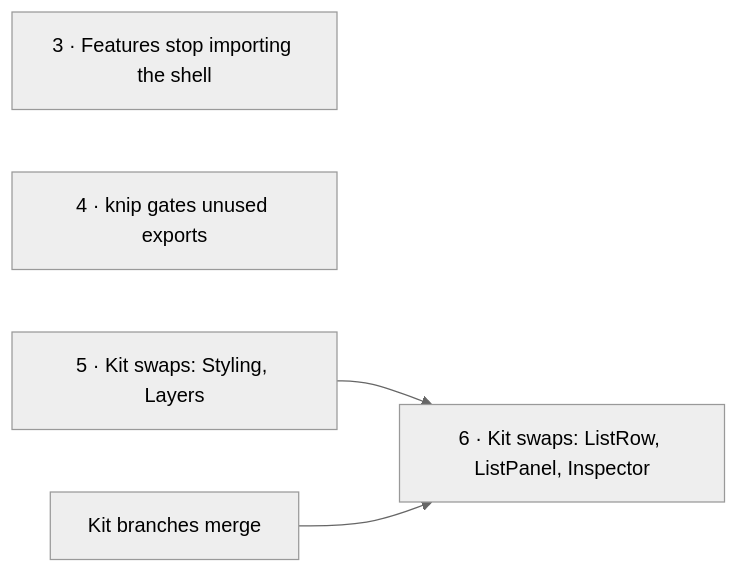
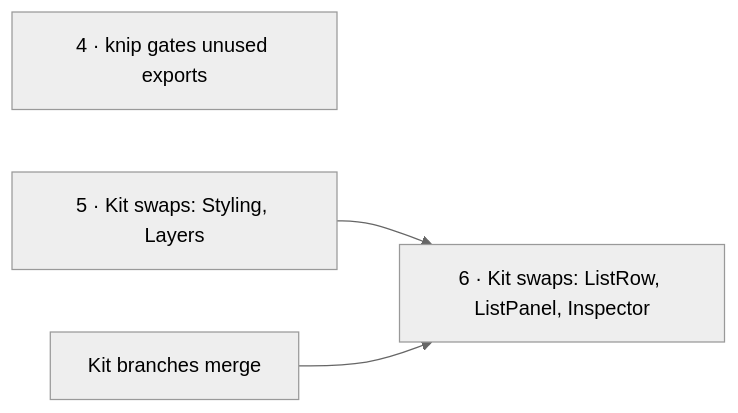
One commit to invana/invana changed the diagram in docs/for-developers/building-studio/cleanup.md. Above: the diagram before and after it, drawn with Mermaid (neutral theme). The commit also changed other lines of this file and 50 other files, not shown here.

First line of the commit message:
refactor(studio): modules stop importing the shell

````diff
--- a/docs/for-developers/building-studio/cleanup.md
+++ b/docs/for-developers/building-studio/cleanup.md
@@ -12,7 +12,6 @@
 ```mermaid
 flowchart LR
-    C["3 · Features stop importing the shell"]
     D["4 · knip gates unused exports"]
     E["5 · Kit swaps: Styling, Layers"] --> F["6 · Kit swaps: ListRow, ListPanel, Inspector"]
     K["Kit branches merge"] --> F
 ```
````
